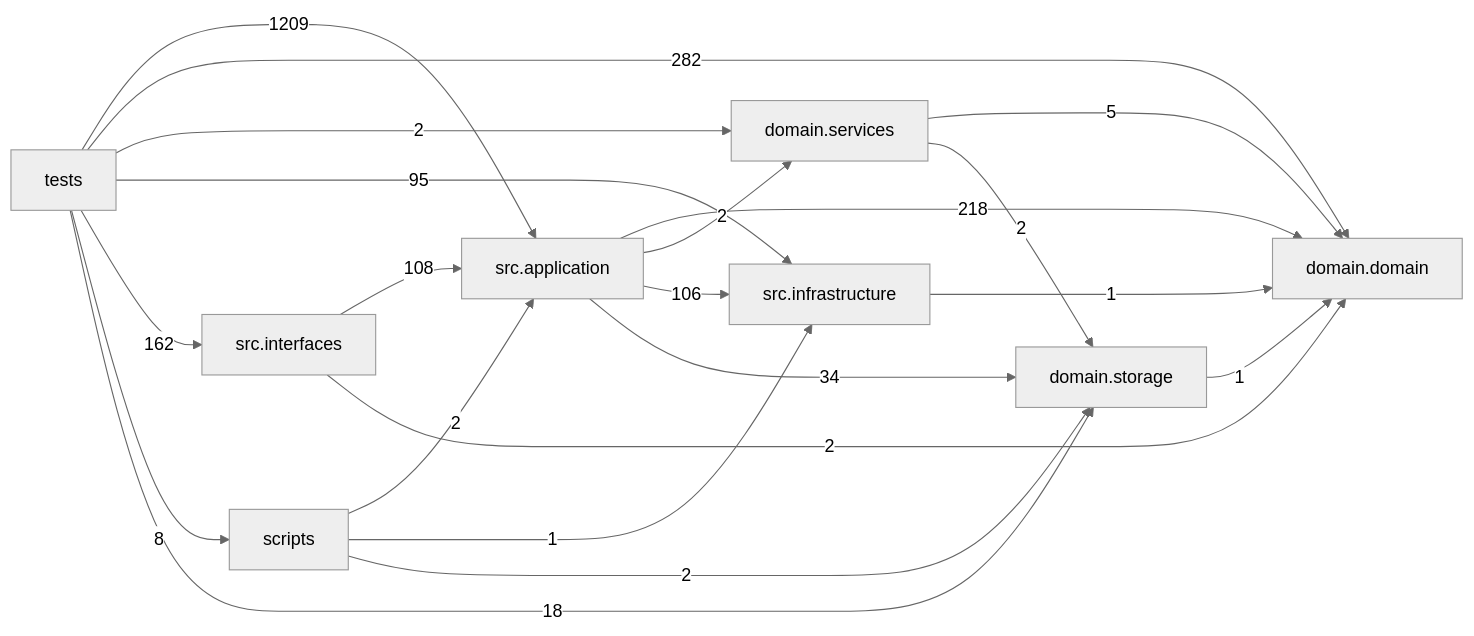
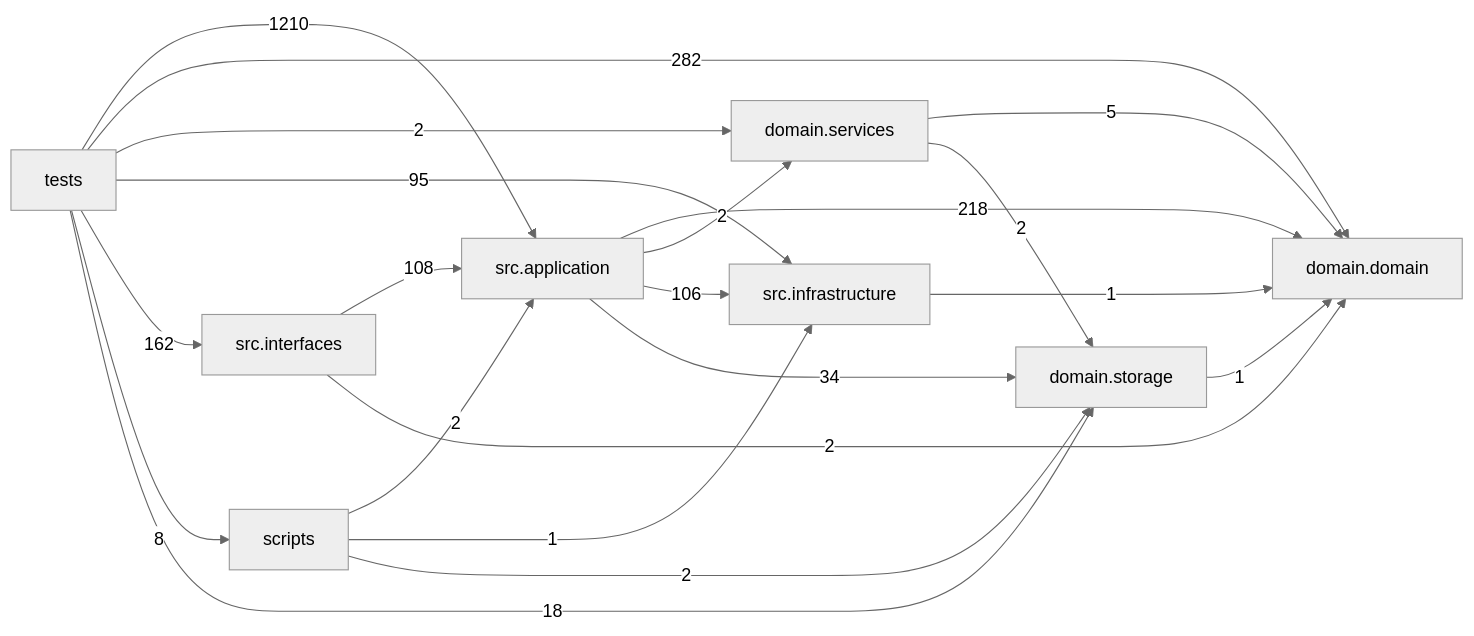
One commit to liuxie066/options-monitor changed the diagram in docs/DEPENDENCY_GRAPH.md. Above: the diagram before and after it, drawn with Mermaid (neutral theme). The commit also changed other lines of this file, not shown here.

Commit message:
chore: refresh dependency graph

````diff
--- a/docs/DEPENDENCY_GRAPH.md
+++ b/docs/DEPENDENCY_GRAPH.md
@@ -24,31 +24,31 @@
 ```mermaid
 flowchart LR
   tests["tests"]
   scripts["scripts"]
   interfaces["src.interfaces"]
   application["src.application"]
   infrastructure["src.infrastructure"]
   domain_services["domain.services"]
   domain["domain.domain"]
   storage["domain.storage"]
   application -->|218| domain
   application -->|2| domain_services
   application -->|106| infrastructure
   application -->|34| storage
   domain_services -->|5| domain
   domain_services -->|2| storage
   infrastructure -->|1| domain
   interfaces -->|108| application
   interfaces -->|2| domain
   scripts -->|2| application
   scripts -->|1| infrastructure
   scripts -->|2| storage
   storage -->|1| domain
-  tests -->|1209| application
+  tests -->|1210| application
   tests -->|282| domain
   tests -->|2| domain_services
   tests -->|95| infrastructure
   tests -->|162| interfaces
   tests -->|8| scripts
   tests -->|18| storage
 ```
````
